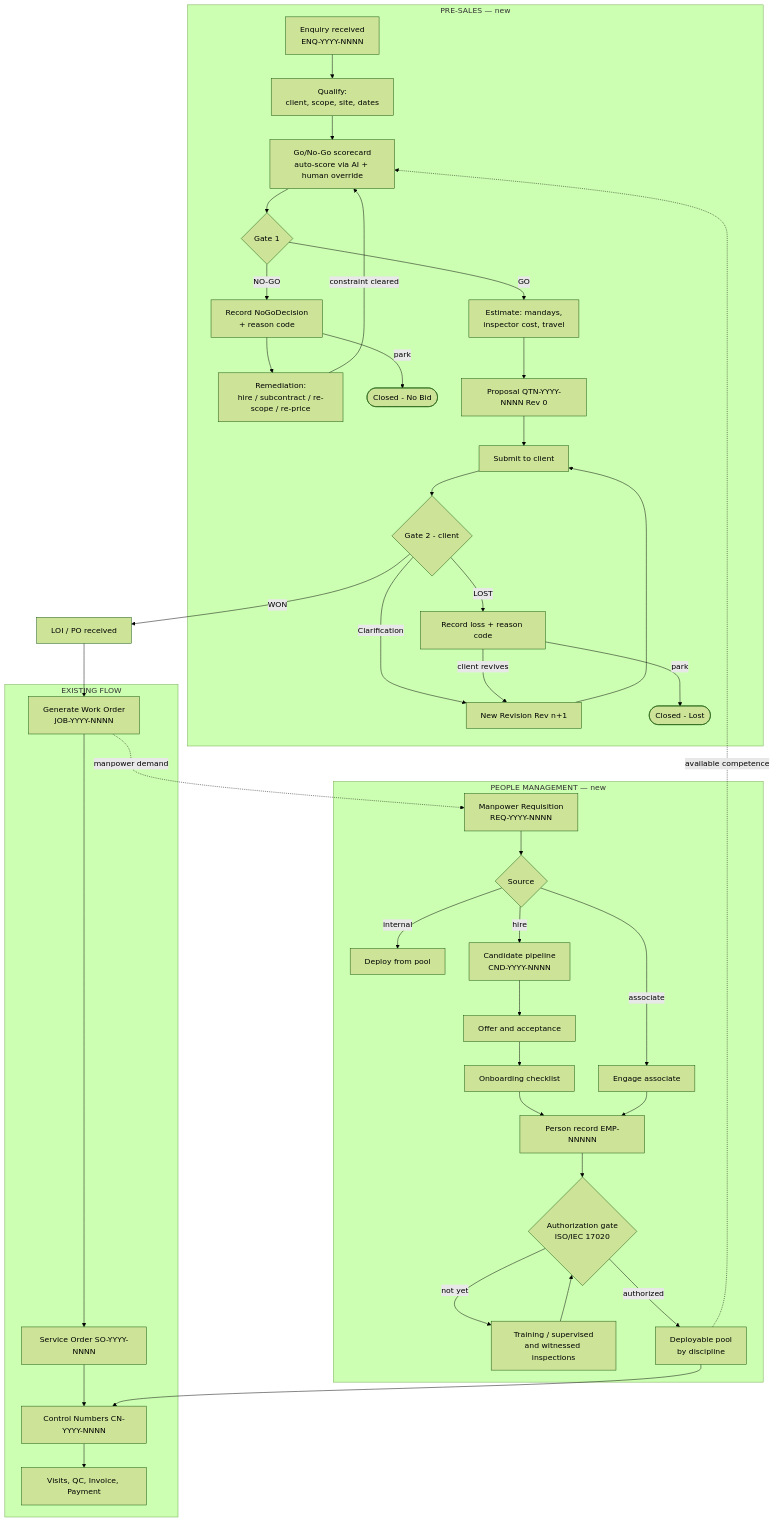
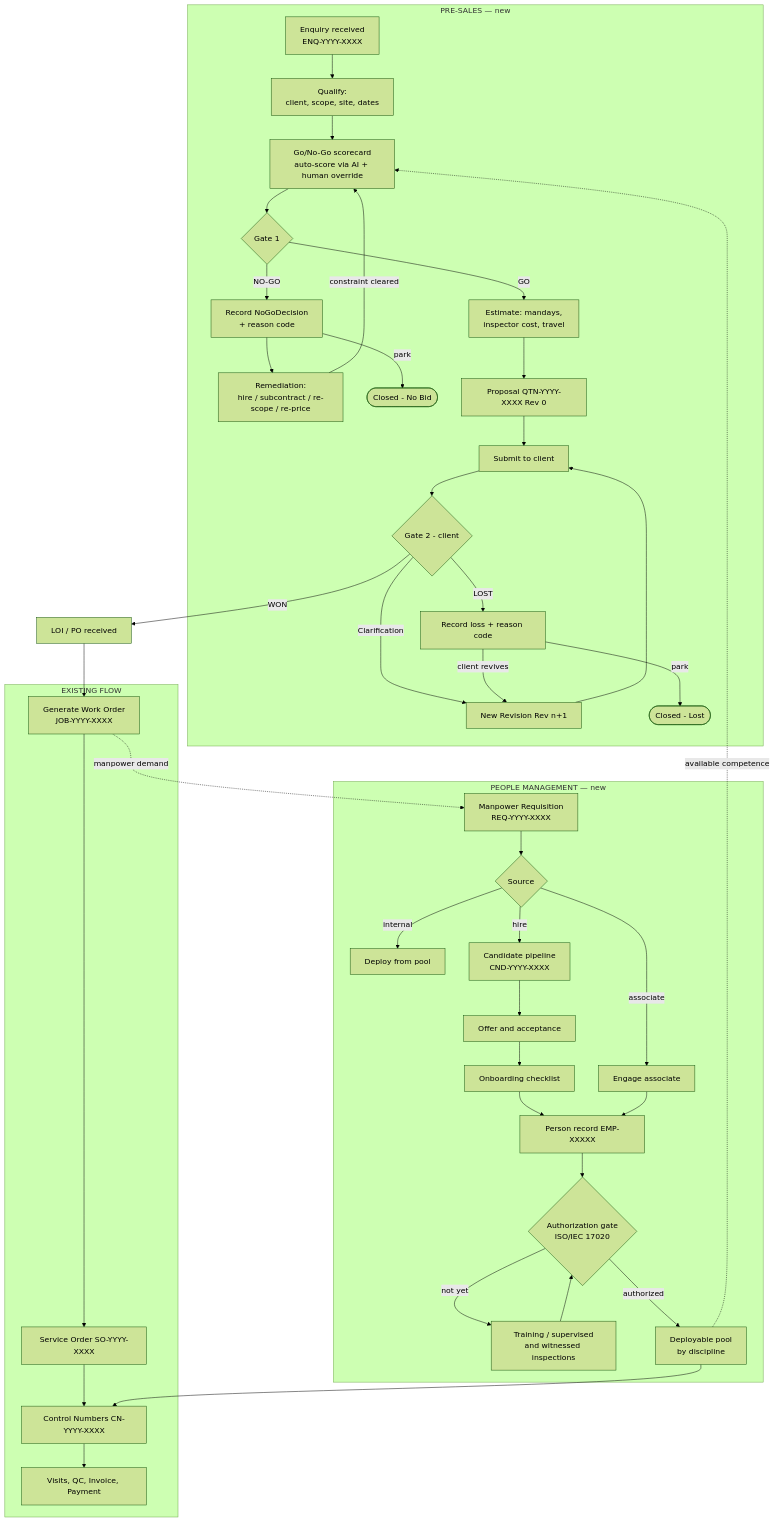
Before and after one commit to kktejas07/iqe: the diagram in PEOPLE_AND_PRESALES_SPEC.md, drawn with Mermaid (forest theme). The commit also changed other lines of this file and 2 other files, not shown here.

First line of the commit message:
docs: bring master architecture up to date with the companion specs

````diff
--- a/PEOPLE_AND_PRESALES_SPEC.md
+++ b/PEOPLE_AND_PRESALES_SPEC.md
@@ -130,50 +130,50 @@
 ```mermaid
 flowchart TD
     subgraph PRE["PRE-SALES — new"]
-        ENQ[Enquiry received<br/>ENQ-YYYY-NNNN] --> QUAL[Qualify:<br/>client, scope, site, dates]
+        ENQ[Enquiry received<br/>ENQ-YYYY-XXXX] --> QUAL[Qualify:<br/>client, scope, site, dates]
         QUAL --> SCORE[Go/No-Go scorecard<br/>auto-score via AI + human override]
         SCORE --> GATE1{Gate 1}
         GATE1 -- NO-GO --> NOGO[Record NoGoDecision<br/>+ reason code]
         NOGO --> REMEDY[Remediation:<br/>hire / subcontract / re-scope / re-price]
         REMEDY -- constraint cleared --> SCORE
         NOGO -- park --> CLOSED([Closed - No Bid])
 
         GATE1 -- GO --> EST[Estimate: mandays,<br/>inspector cost, travel]
-        EST --> PROP[Proposal QTN-YYYY-NNNN Rev 0]
+        EST --> PROP[Proposal QTN-YYYY-XXXX Rev 0]
         PROP --> SUBMIT[Submit to client]
         SUBMIT --> GATE2{Gate 2 - client}
         GATE2 -- Clarification --> REV[New Revision Rev n+1]
         REV --> SUBMIT
         GATE2 -- LOST --> LOST[Record loss + reason code]
         LOST -- client revives --> REV
         LOST -- park --> CLOSEDL([Closed - Lost])
     end
 
     GATE2 -- WON --> AWARD[LOI / PO received]
-    AWARD --> JOB[Generate Work Order<br/>JOB-YYYY-NNNN]
+    AWARD --> JOB[Generate Work Order<br/>JOB-YYYY-XXXX]
 
     subgraph EXIST["EXISTING FLOW"]
-        JOB --> SO[Service Order SO-YYYY-NNNN]
-        SO --> CN[Control Numbers CN-YYYY-NNNN]
+        JOB --> SO[Service Order SO-YYYY-XXXX]
+        SO --> CN[Control Numbers CN-YYYY-XXXX]
         CN --> VISIT[Visits, QC, Invoice, Payment]
     end
 
     JOB -.manpower demand.-> REQ
     subgraph PEOPLE["PEOPLE MANAGEMENT — new"]
-        REQ[Manpower Requisition<br/>REQ-YYYY-NNNN] --> SOURCE{Source}
+        REQ[Manpower Requisition<br/>REQ-YYYY-XXXX] --> SOURCE{Source}
         SOURCE -- internal --> POOL[Deploy from pool]
         SOURCE -- associate --> ASSOC[Engage associate]
-        SOURCE -- hire --> PIPE[Candidate pipeline<br/>CND-YYYY-NNNN]
+        SOURCE -- hire --> PIPE[Candidate pipeline<br/>CND-YYYY-XXXX]
         PIPE --> OFFER[Offer and acceptance]
         OFFER --> ONB[Onboarding checklist]
-        ONB --> EMP[Person record EMP-NNNNN]
+        ONB --> EMP[Person record EMP-XXXXX]
         ASSOC --> EMP
         EMP --> AUTH{Authorization gate<br/>ISO/IEC 17020}
         AUTH -- not yet --> TRAIN[Training / supervised<br/>and witnessed inspections]
         TRAIN --> AUTH
         AUTH -- authorized --> DEPLOY[Deployable pool<br/>by discipline]
     end
 
     DEPLOY -.available competence.-> SCORE
     DEPLOY --> CN
 ```
````
